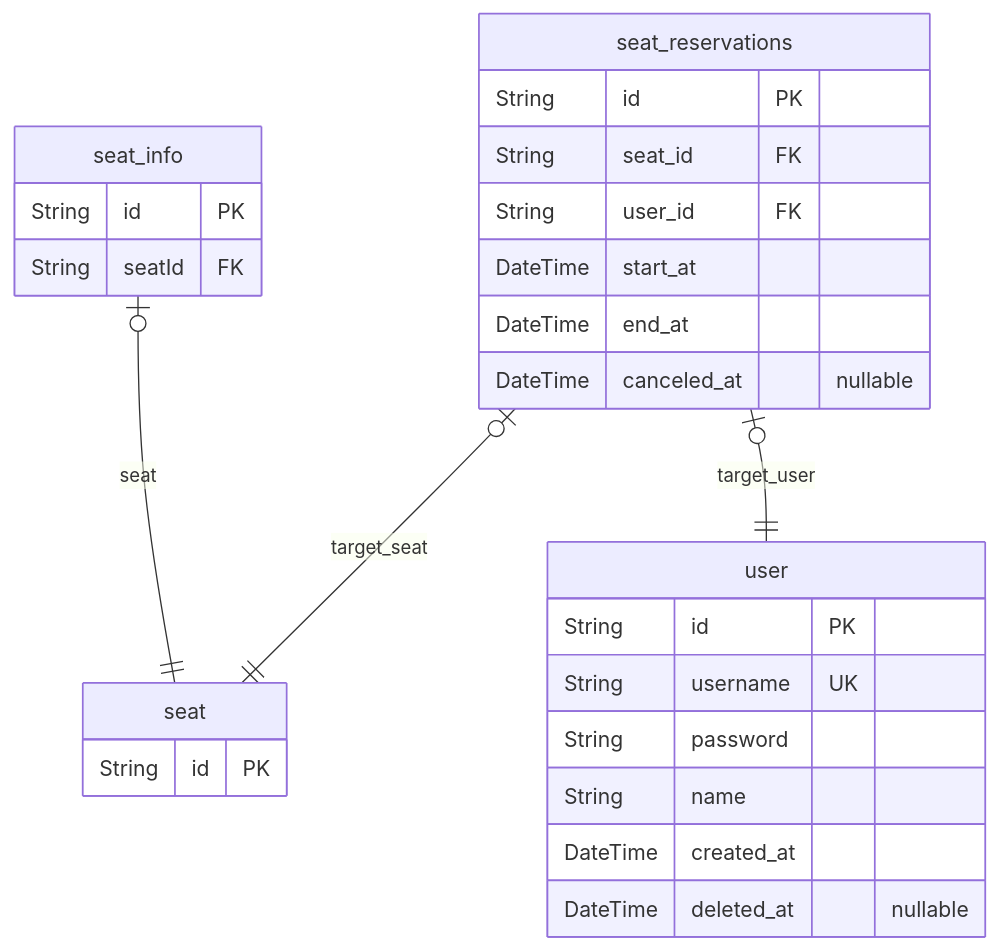
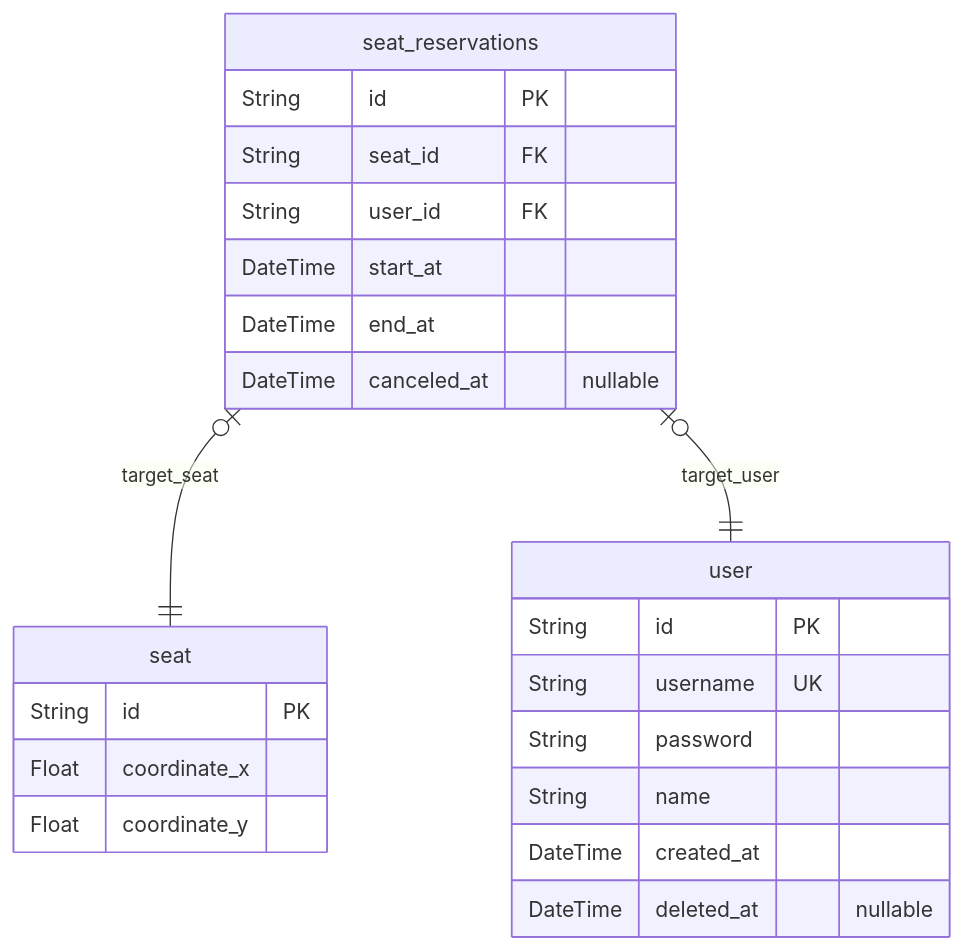
Before and after one commit to Switch1220/klib: the diagram in server/docs/ERD.md, drawn with Mermaid. The commit also changed other lines of this file and 38 other files, not shown here.

````diff
--- a/server/docs/ERD.md
+++ b/server/docs/ERD.md
@@ -7,29 +7,26 @@
 ```mermaid
 erDiagram
 "user" {
   String id PK
   String username UK
   String password
   String name
   DateTime created_at
   DateTime deleted_at "nullable"
 }
 "seat" {
   String id PK
-}
-"seat_info" {
-  String id PK
-  String seatId FK
+  Float coordinate_x
+  Float coordinate_y
 }
 "seat_reservations" {
   String id PK
   String seat_id FK
   String user_id FK
   DateTime start_at
   DateTime end_at
   DateTime canceled_at "nullable"
 }
-"seat_info" |o--|| "seat" : seat
 "seat_reservations" |o--|| "seat" : target_seat
 "seat_reservations" |o--|| "user" : target_user
 ```
````
